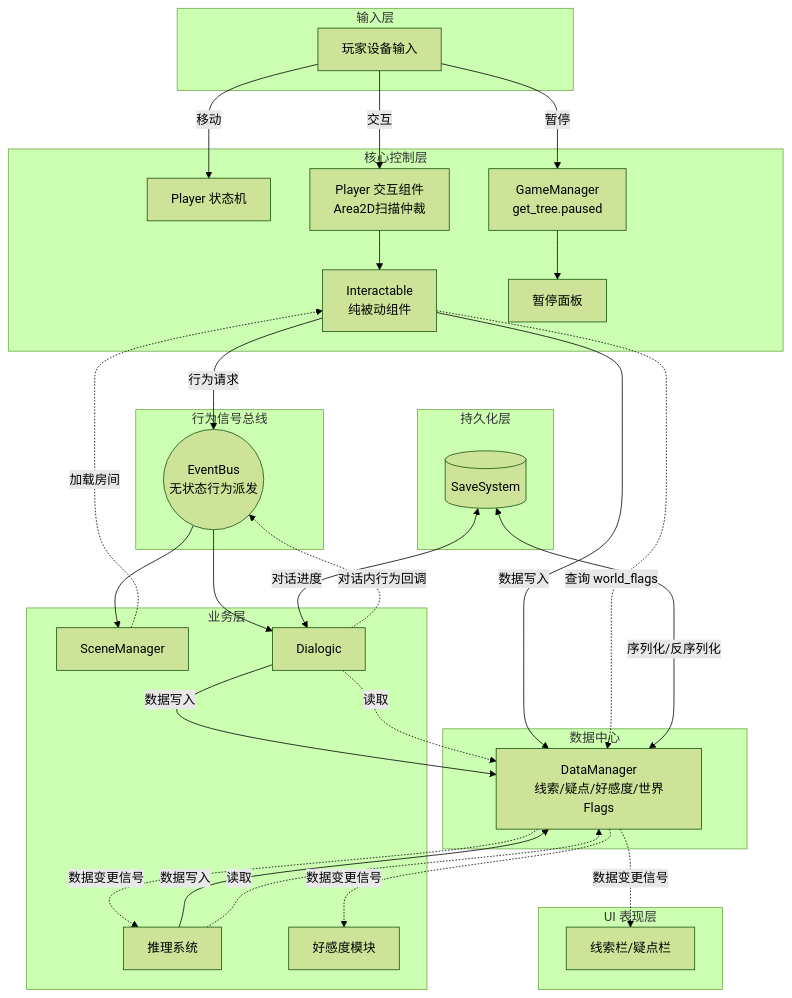
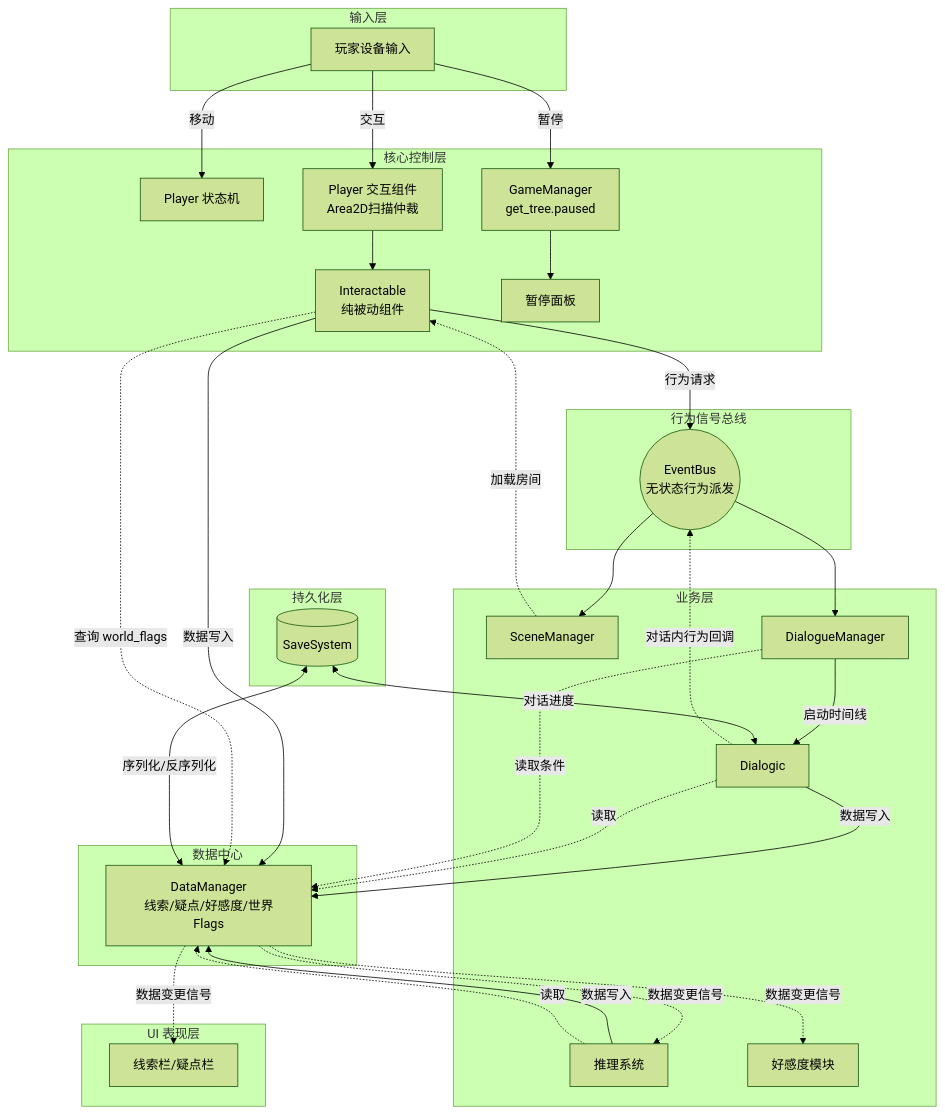
The diagram in 开发文档.md (ritmo4330/Abismo), drawn with Mermaid (forest theme) before and after one commit. The commit also changed other lines of this file and 16 other files, not shown here.

````diff
--- a/开发文档.md
+++ b/开发文档.md
@@ -116,65 +198,68 @@
 ```mermaid
 flowchart TD
     subgraph Input [输入层]
         A[玩家设备输入]
     end
 
     subgraph Core [核心控制层]
         A -->|移动| SM[Player 状态机]
         A -->|暂停| GM[GameManager<br>get_tree.paused]
         A -->|交互| P_INT[Player 交互组件<br>Area2D扫描仲裁]
         P_INT --> INT[Interactable<br>纯被动组件]
         GM --> PauseUI[暂停面板]
     end
 
     subgraph Data [数据中心]
         DM[DataManager<br>线索/疑点/好感度/世界Flags]
     end
 
     subgraph Logic [业务层]
         G[SceneManager]
+        DLG[DialogueManager]
         H[Dialogic]
         F[推理系统]
         K[好感度模块]
     end
 
     subgraph Signal [行为信号总线]
         C((EventBus<br>无状态行为派发))
     end
 
     subgraph UI [UI 表现层]
         UIS[线索栏/疑点栏]
     end
 
     subgraph Persist [持久化层]
         I[(SaveSystem)]
     end
 
     %% 行为请求（走 EventBus）
     INT -->|行为请求| C
     C --> G
-    C --> H
+    C --> DLG
+    DLG -->|启动时间线| H
     H -.->|对话内行为回调| C
 
     %% 数据写入（直接调用单例）
     INT -->|数据写入| DM
     H -->|数据写入| DM
     F -->|数据写入| DM
 
     %% 数据变更通知（DataManager 自身信号）
     DM -.->|数据变更信号| UIS
     DM -.->|数据变更信号| F
     DM -.->|数据变更信号| K
 
     %% 业务层读取数据
     F -.->|读取| DM
     H -.->|读取| DM
+    DLG -.->|读取条件| DM
 
     %% 场景重载时 Interactable 查询 world_flags
     G -.->|加载房间| INT
     INT -.->|查询 world_flags| DM
 
     %% 持久化
     I <-->|序列化/反序列化| DM
     I <-->|对话进度| H
 ```
````
